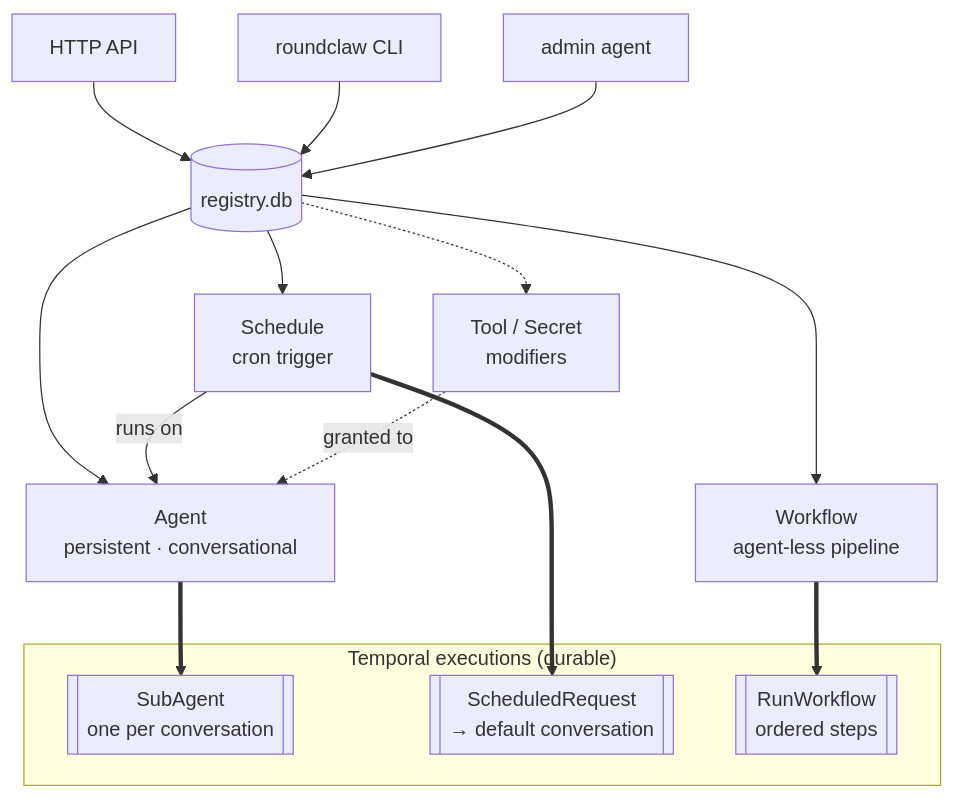
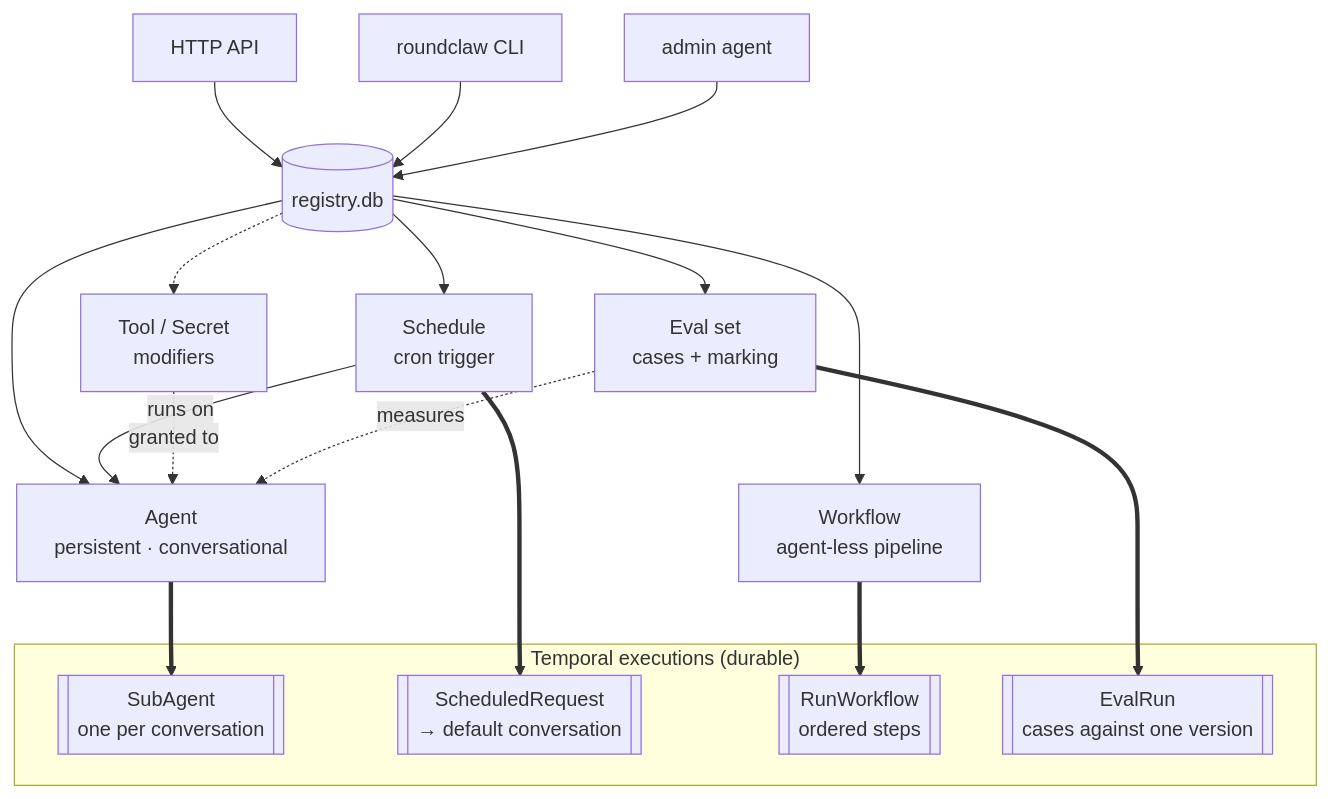
The diagram in docs/architecture/orchestration.md (RRoundTable/roundclaw), drawn with Mermaid before and after one commit. The commit also changed other lines of this file and 42 other files, not shown here.

````diff
--- a/docs/architecture/orchestration.md
+++ b/docs/architecture/orchestration.md
@@ -14,27 +14,31 @@
 ```mermaid
 flowchart TB
     API[HTTP API]
     CLI[roundclaw CLI]
     ADM[admin agent]
     API --> REG
     CLI --> REG
     ADM --> REG
     REG[(registry.db)]
 
     REG --> AGENT[Agent<br/>persistent · conversational]
     REG --> SCHED[Schedule<br/>cron trigger]
     REG --> WF[Workflow<br/>agent-less pipeline]
+    REG --> EV[Eval set<br/>cases + marking]
     REG -.-> MOD[Tool / Secret<br/>modifiers]
 
     SCHED -->|runs on| AGENT
     MOD -. granted to .-> AGENT
+    EV -. measures .-> AGENT
 
     subgraph temporal["Temporal executions (durable)"]
         SA[[SubAgent<br/>one per conversation]]
         SR[[ScheduledRequest<br/>→ default conversation]]
         RW[[RunWorkflow<br/>ordered steps]]
+        ER[[EvalRun<br/>cases against one version]]
     end
     AGENT ==> SA
     SCHED ==> SR
     WF ==> RW
+    EV ==> ER
 ```
````
